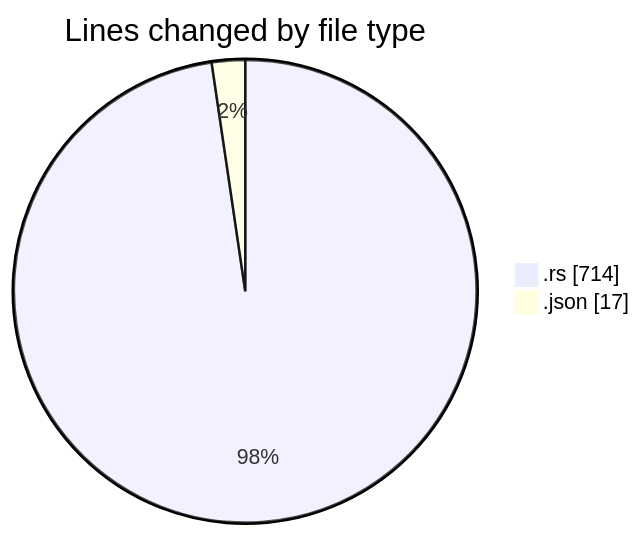
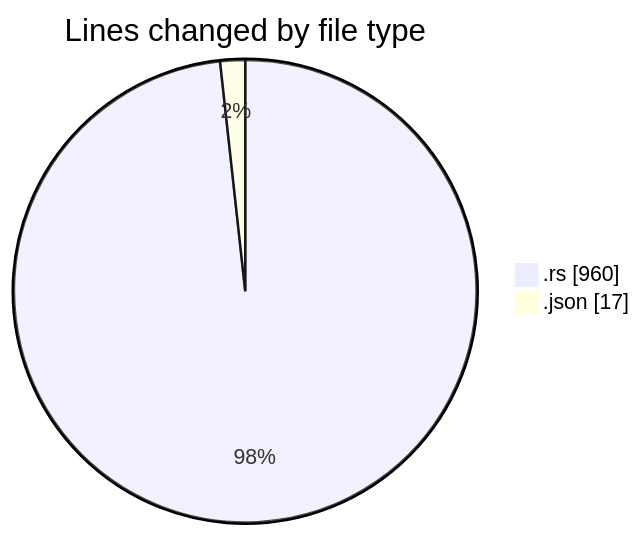
One commit to Ritupan-Deka/code-tracking changed the first of 2 diagrams in 2025-12-28/rust/README.md. Above: the diagram before and after it, drawn with Mermaid. The commit also changed other lines of this file and 1 other file, not shown here.

````diff
--- a/2025-12-28/rust/README.md
+++ b/2025-12-28/rust/README.md
@@ -21,6 +21,6 @@
 ```mermaid
 pie showData
 title Lines changed by file type
-".rs" : 714
+".rs" : 960
 ".json" : 17
 ```
````
